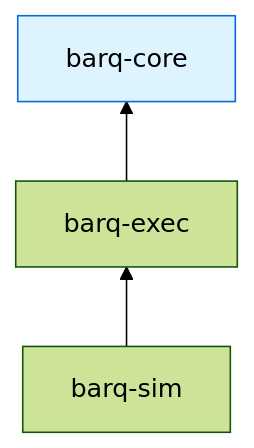
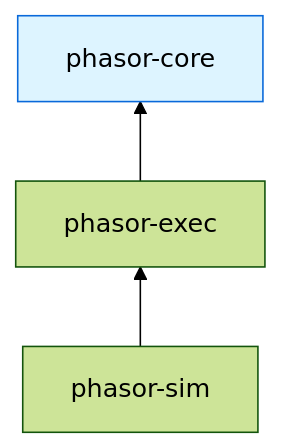
One commit to nivalume/phasor changed the fifth of 7 diagrams in skills/mermaid-diagrams/references/diagram-types.md. Above: the diagram before and after it, drawn with Mermaid (forest theme). The commit also changed other lines of this file and 431 other files, not shown here.

First line of the commit message:
Rename barq to phasor across the workspace

````diff
--- a/skills/mermaid-diagrams/references/diagram-types.md
+++ b/skills/mermaid-diagrams/references/diagram-types.md
@@ -138,8 +138,8 @@
 ```mermaid
 flowchart BT
-  core["barq-core"] 
-  exec["barq-exec"] --> core
-  sim["barq-sim"] --> exec
+  core["phasor-core"] 
+  exec["phasor-exec"] --> core
+  sim["phasor-sim"] --> exec
   classDef base fill:#ddf4ff,stroke:#0969da;
   class core base;
 ```
````
